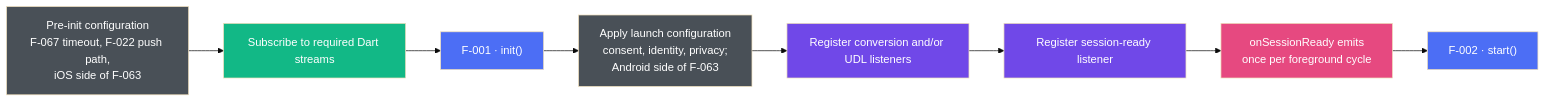
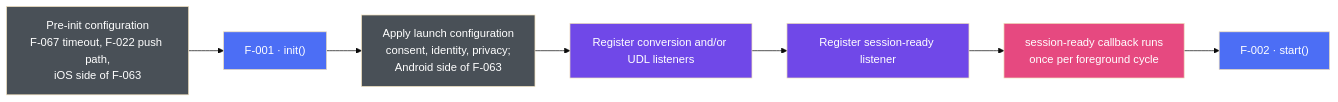
Before and after one commit to AppsFlyerSDK/appsflyer-flutter-plugin: the second of 2 diagrams in internal-docs/features/DIAGRAM.md, drawn with Mermaid (base theme). The commit also changed other lines of this file and 26 other files, not shown here.

Commit message:
[DELIVERY-125863] Replace event streams with callback-based register*Listener APIs

````diff
--- a/internal-docs/features/DIAGRAM.md
+++ b/internal-docs/features/DIAGRAM.md
@@ -77,19 +77,18 @@
 ```mermaid
 flowchart LR
     PRE["Pre-init configuration<br/>F-067 timeout, F-022 push path,<br/>iOS side of F-063"]:::config
-    STREAMS["Subscribe to required Dart streams"]:::dart
     F001["F-001 · init()"]:::sdkCore
     CONFIG["Apply launch configuration<br/>consent, identity, privacy;<br/>Android side of F-063"]:::config
     LISTENERS["Register conversion and/or UDL listeners"]:::listeners
     SESSION["Register session-ready listener"]:::listeners
-    READY["onSessionReady emits<br/>once per foreground cycle"]:::event
+    READY["session-ready callback runs<br/>once per foreground cycle"]:::event
     F002["F-002 · start()"]:::sdkCore
 
-    PRE --> STREAMS --> F001 --> CONFIG --> LISTENERS --> SESSION --> READY --> F002
+    PRE --> F001 --> CONFIG --> LISTENERS --> SESSION --> READY --> F002
 
     classDef sdkCore fill:#4C6EF5,color:#fff
     classDef config fill:#495057,color:#fff
     classDef dart fill:#12B886,color:#fff
     classDef listeners fill:#7048E8,color:#fff
     classDef event fill:#E64980,color:#fff
 ```
````
